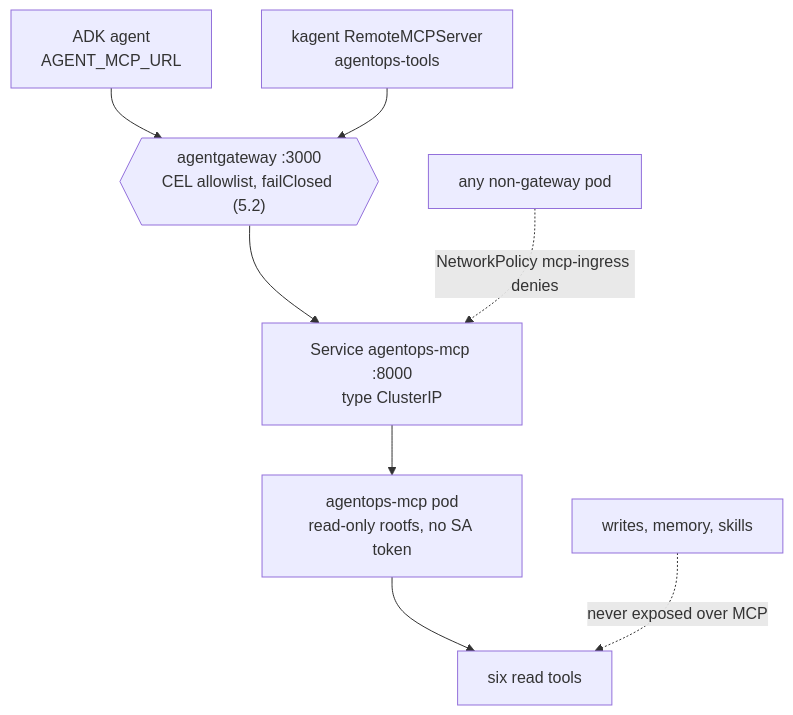
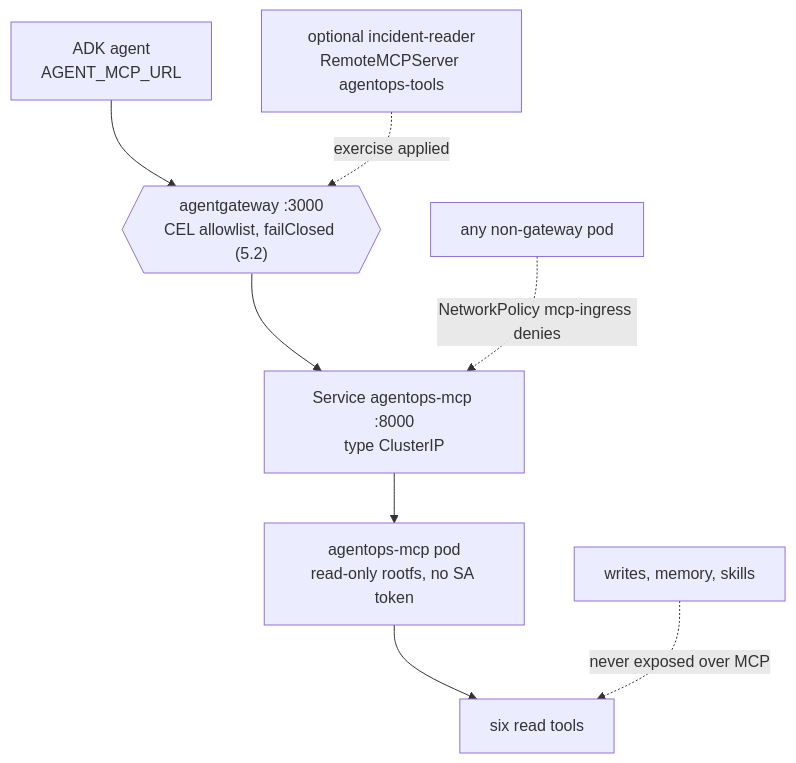
One commit to LuiGGi629/agentops-open-course changed the first of 2 diagrams in content/6. Platform/6.4. Platform Tools.md. Above: the diagram before and after it, drawn with Mermaid. The commit also changed other lines of this file and 87 other files, not shown here.

````diff
--- a/content/6. Platform/6.4. Platform Tools.md
+++ b/content/6. Platform/6.4. Platform Tools.md
@@ -127,10 +131,12 @@
 ```mermaid
 flowchart TD
+    accTitle: Required and optional governed MCP routes
+    accDescr: The BYO agent always reaches six read tools through agentgateway. The optional incident reader follows the same route only while its exercise is installed.
     ADK["ADK agent<br/>AGENT_MCP_URL"] --> GW
-    KA["kagent RemoteMCPServer<br/>agentops-tools"] --> GW
+    KA["optional incident-reader<br/>RemoteMCPServer agentops-tools"] -.->|exercise applied| GW
     GW{{"agentgateway :3000<br/>CEL allowlist, failClosed (5.2)"}} --> SVC
     SVC["Service agentops-mcp :8000<br/>type ClusterIP"] --> POD
     POD["agentops-mcp pod<br/>read-only rootfs, no SA token"] --> SIX["six read tools"]
     Other["any non-gateway pod"] -.->|NetworkPolicy mcp-ingress denies| SVC
     Write["writes, memory, skills"] -.->|never exposed over MCP| SIX
 ```
````
